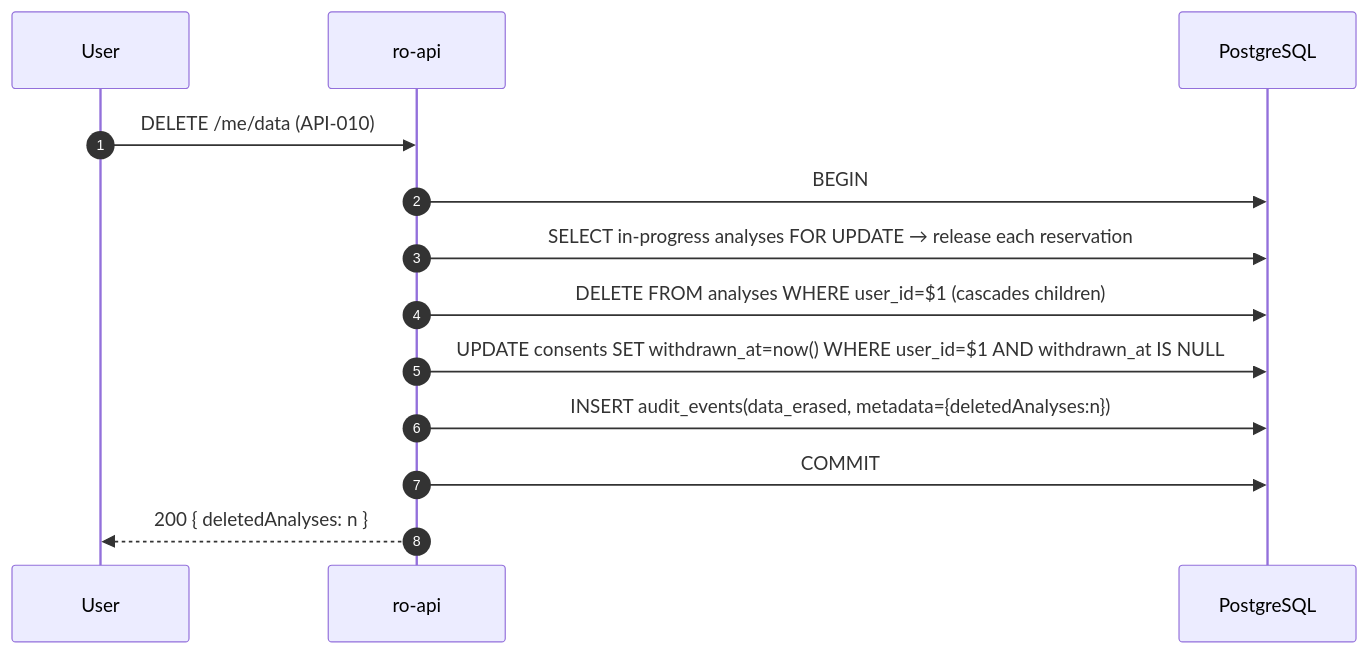
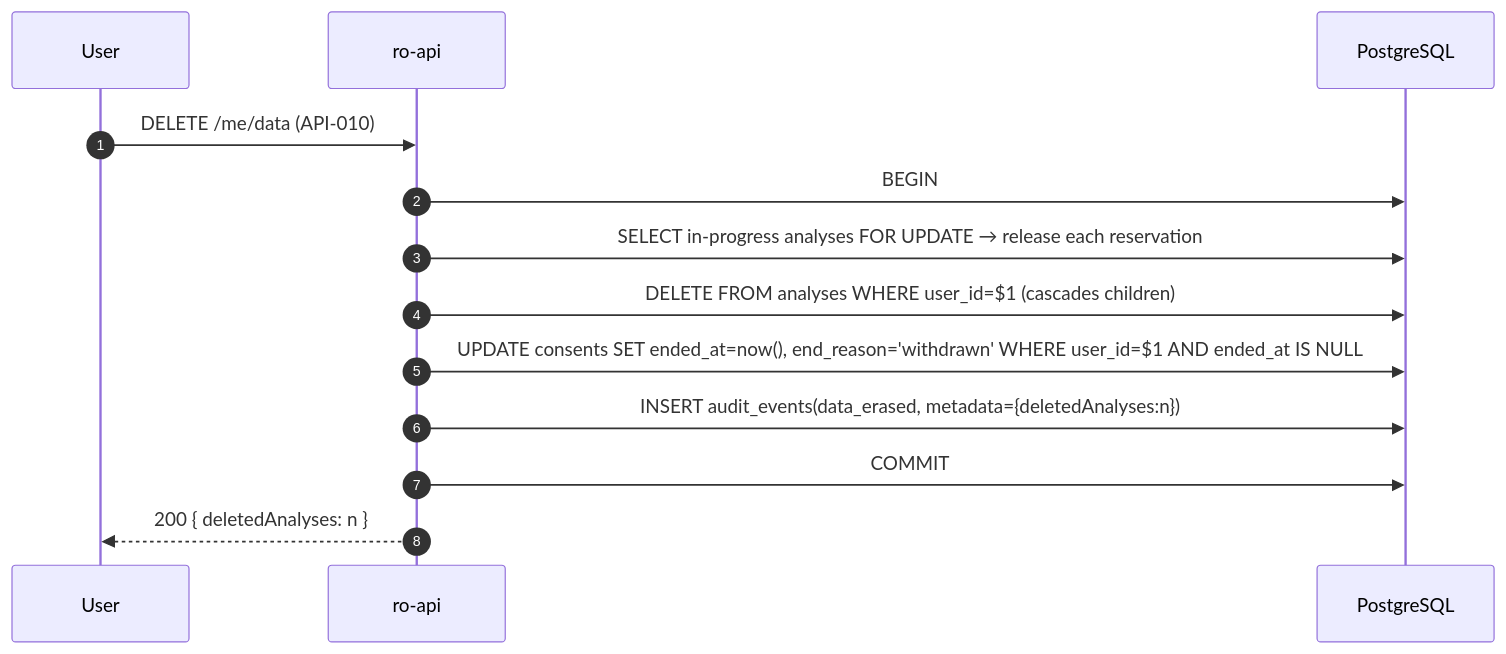
One commit to divii-school/spec-homework changed the eighth of 9 diagrams in kakali/spec.md. Above: the diagram before and after it, drawn with Mermaid. The commit also changed other lines of this file, not shown here.

First line of the commit message:
add section 5: ERD, tables, indexes, delete rules, seed catalog (v0.4)

````diff
--- a/kakali/spec.md
+++ b/kakali/spec.md
@@ -753,15 +753,15 @@
 ```mermaid
 sequenceDiagram
   autonumber
   participant U as User
   participant A as ro-api
   participant DB as PostgreSQL
   U->>A: DELETE /me/data (API-010)
   A->>DB: BEGIN
   A->>DB: SELECT in-progress analyses FOR UPDATE → release each reservation
   A->>DB: DELETE FROM analyses WHERE user_id=$1 (cascades children)
-  A->>DB: UPDATE consents SET withdrawn_at=now() WHERE user_id=$1 AND withdrawn_at IS NULL
+  A->>DB: UPDATE consents SET ended_at=now(), end_reason='withdrawn' WHERE user_id=$1 AND ended_at IS NULL
   A->>DB: INSERT audit_events(data_erased, metadata={deletedAnalyses:n})
   A->>DB: COMMIT
   A-->>U: 200 { deletedAnalyses: n }
 ```
````
